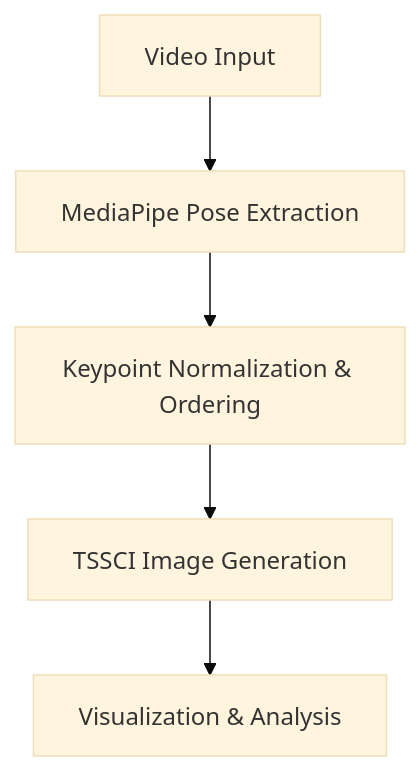
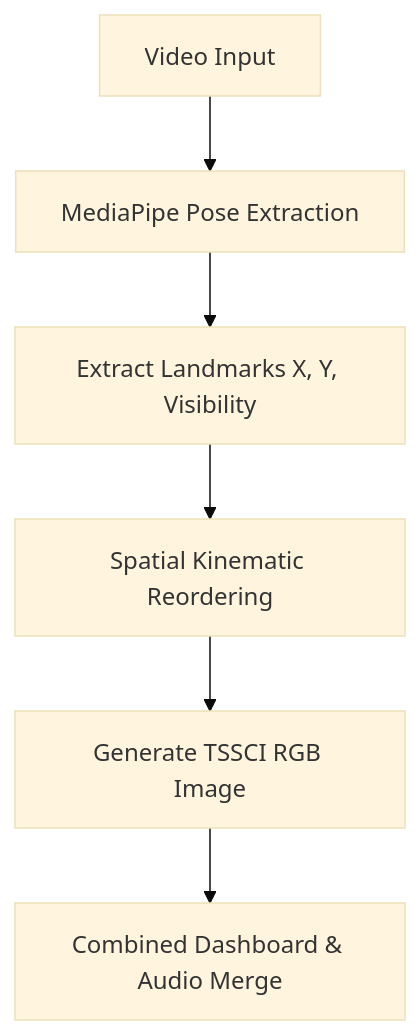
Before and after one commit to kobylev/L44-Homework: the diagram in README.md, drawn with Mermaid (base theme). The commit also changed other lines of this file and 1 other file, not shown here.

````diff
--- a/README.md
+++ b/README.md
@@ -60,7 +49,8 @@
 ```mermaid
 graph TD
     A[Video Input] --> B[MediaPipe Pose Extraction]
-    B --> C[Keypoint Normalization & Ordering]
-    C --> D[TSSCI Image Generation]
-    D --> E[Visualization & Analysis]
+    B --> C[Extract Landmarks X, Y, Visibility]
+    C --> D[Spatial Kinematic Reordering]
+    D --> E[Generate TSSCI RGB Image]
+    E --> F[Combined Dashboard & Audio Merge]
 ```
````
